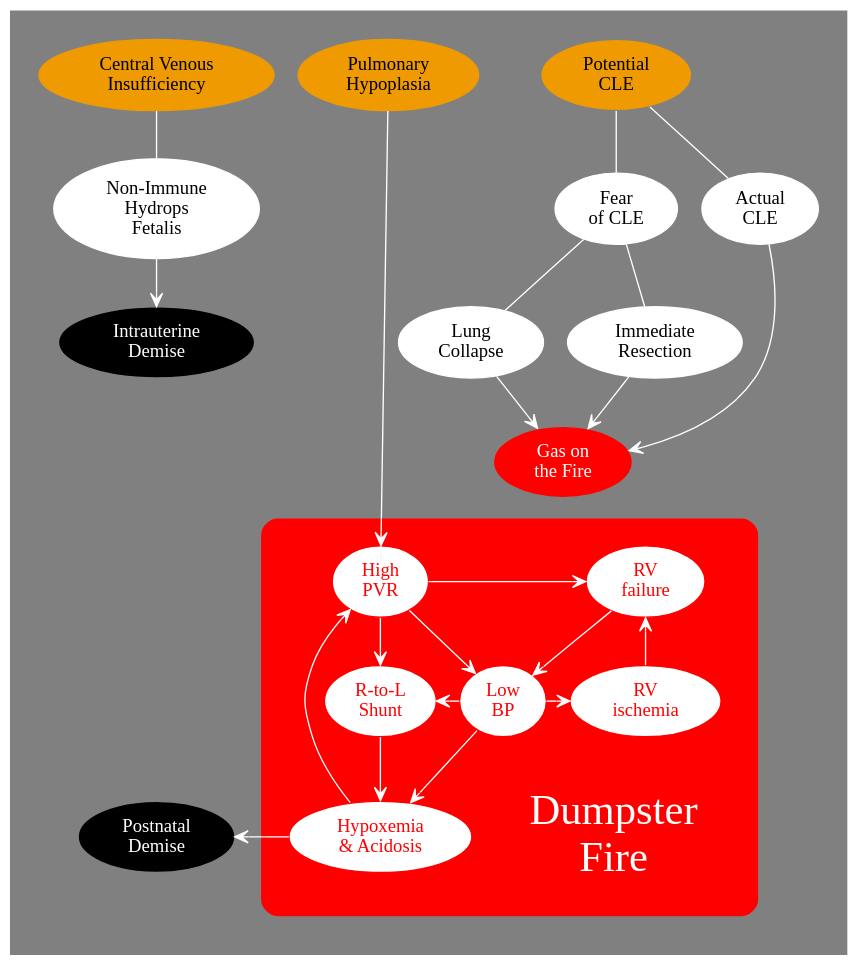
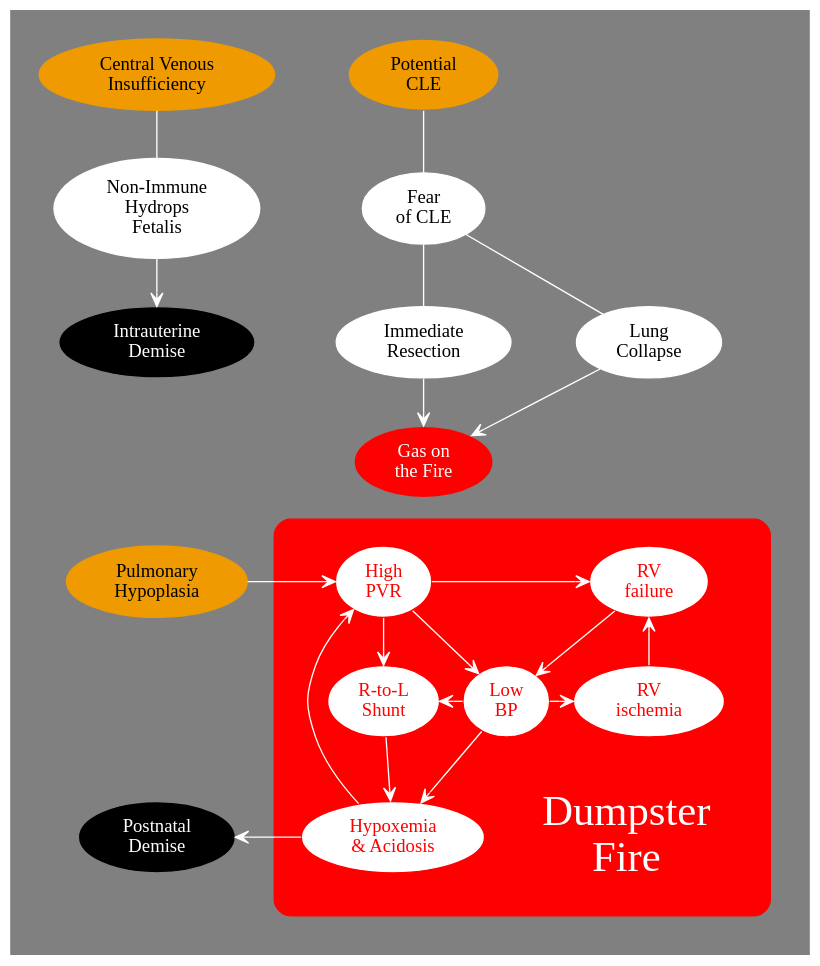
One commit to mdtsandman/CLO changed the diagram in dumpster-fire.dot. Above: the diagram before and after it, drawn with Graphviz. The commit also changed 2 other files, not shown here.

```diff
--- a/dumpster-fire.dot
+++ b/dumpster-fire.dot
@@ -1,85 +1,83 @@
 digraph Risks {
 
 rankdir=TB;
 newrank=true;
 compound=true;
 bgcolor=grey;
 pad = 0.3;
 
 node [color=white style=filled fillcolor=white];
 edge [arrowhead=none color=white];
 
 MaybeCLE [label="Potential\nCLE" fillcolor=orange2 color=grey];
 NIHF [label="Non-Immune\nHydrops\nFetalis"];
 OR [label="Immediate\nResection"];
 Fear [label="Fear\nof CLE"];
 FRC [label="Lung\nCollapse"];
-CLE [label="Actual\nCLE"];
 IUD [label="Intrauterine\nDemise" style=filled fillcolor=black color=grey fontcolor=white];
 Death [label="Postnatal\nDemise" style=filled fillcolor=black color=grey fontcolor=white];
 Catalyst [label="Gas on\nthe Fire" fontcolor=white style=filled fillcolor=red color=grey];
 Dummy1 [style=invis];
 Dummy2 [style=invis];
 
 CVP [label="Central Venous\nInsufficiency" fillcolor=orange2 color=orange2];
 PHP [label="Pulmonary\nHypoplasia" fillcolor=orange2 color=orange2];
 
 subgraph ClusterFuck {
 
 	style=rounded;
 	margin=20;
 	color=red;
 	bgcolor=red;
 
 	node [fillcoloir=white color=red fontcolor=red];
 	edge [arrowhead=vee color=white];
 
 	Label [label="Dumpster\nFire" shape=box fontsize=32 fontcolor=white fillcolor=red color=red];
 
 	RVI [label="RV\nischemia"];
 	RVF [label="RV\nfailure"];
 	PHTN [label="High\nPVR"];
 	Shunt [label="R-to-L\nShunt"];
 	LowBP [label="Low\nBP"];
 	Badness [label="Hypoxemia\n& Acidosis"];
 
 	PHTN -> LowBP -> Badness -> PHTN;
 	PHTN -> Shunt [weight=100];
 	Shunt -> Badness;
 	PHTN -> RVF;
 	LowBP -> RVI;
 	RVI -> RVF [weight=150];
 	RVF -> LowBP [weight=100];
 	LowBP -> Shunt;
 
 	{rank=same PHTN RVF};
 	{rank=same LowBP Shunt};
 	{rank=same RVI Shunt};
 	{rank=same Badness Label};
 
 }
 
-{rank=same CVP PHP MaybeCLE};
-{rank=same NIHF Fear CLE};
+{rank=same CVP MaybeCLE};
+{rank=same NIHF Fear};
 {rank=same IUD OR FRC};
-{rank=same Dummy1 PHTN};
+{rank=same PHP PHTN};
 {rank=same Dummy2 Shunt};
 {rank=same Death Badness};
 
 
+PHP -> PHTN [arrowhead=vee];
 CVP -> NIHF [weight=100];
 NIHF -> IUD [arrowhead=vee weight=100];
-MaybeCLE -> {Fear CLE};
+MaybeCLE -> Fear [weight=100];
 Fear -> {FRC OR};
-PHP -> PHTN [arrowhead=vee];
-{FRC OR} -> Catalyst [arrowhead=vee weight=100];
-CLE -> Catalyst [arrowhead=vee];
+{FRC OR} -> Catalyst [arrowhead=vee];
 Catalyst -> PHTN [style=invis arrowhead=vee];
 Badness -> Death [arrowhead=vee];
 
-CVP -> PHP -> MaybeCLE [style=invis];
-Fear -> CLE [style=invis];
-FRC -> OR [style=invis];
-IUD -> Dummy1 -> Dummy2 -> Death [style=invis weight=200];
+// invis edges to force ordering and alignment ...
 
+CVP -> MaybeCLE [style=invis];
+IUD -> PHP -> Dummy2 -> Death [style=invis weight=100];
+FRC -> RVF [style=invis weight=100];
 }
```
